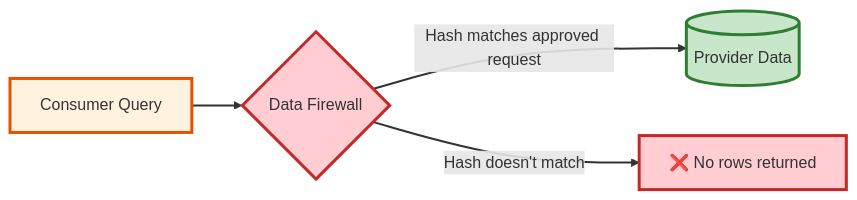
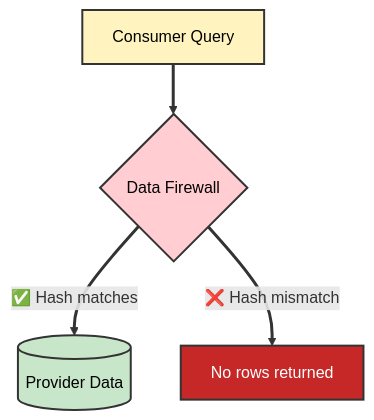
The fourth of 4 diagrams in DCR_Flow_and_Cost_Guide.md (sfc-gh-vshiv/sfquickstart-data-clean-room), drawn with Mermaid before and after one commit. The commit also changed other lines of this file and 1 other file, not shown here.

Commit message:
Refactor DCR Flow and Cost Guide Mermaid diagrams for improved layout and clarity, including updates to styles and connections for better visual representation of data flow between provider and consumer accounts.

````diff
--- a/DCR_Flow_and_Cost_Guide.md
+++ b/DCR_Flow_and_Cost_Guide.md
@@ -160,13 +162,13 @@
 ```mermaid
-flowchart LR
-    Q[Consumer Query] --> DF{Data Firewall}
-    DF -->|Hash matches approved request| D[(Provider Data)]
-    DF -->|Hash doesn't match| X[❌ No rows returned]
+flowchart TB
+    Q[Consumer Query] ==> DF{Data Firewall}
+    DF ==>|"✅ Hash matches"| D[(Provider Data)]
+    DF ==>|"❌ Hash mismatch"| X[No rows returned]
     
-    style Q fill:#fff3e0,stroke:#e65100,stroke-width:3px
-    style DF fill:#ffcdd2,stroke:#c62828,stroke-width:3px
-    style D fill:#c8e6c9,stroke:#2e7d32,stroke-width:3px
-    style X fill:#ffcdd2,stroke:#c62828,stroke-width:3px
+    style Q fill:#fff3bf,stroke:#333,stroke-width:2px,color:#000
+    style DF fill:#ffcdd2,stroke:#333,stroke-width:2px,color:#000
+    style D fill:#c8e6c9,stroke:#333,stroke-width:2px,color:#000
+    style X fill:#c62828,stroke:#333,stroke-width:2px,color:#fff
     
-    linkStyle default stroke:#333,stroke-width:2px
+    linkStyle default stroke:#333,stroke-width:3px
 ```
````
